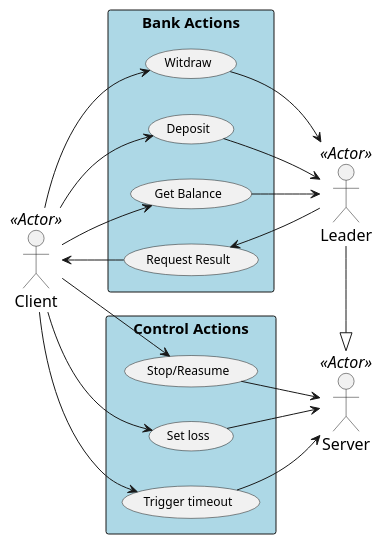
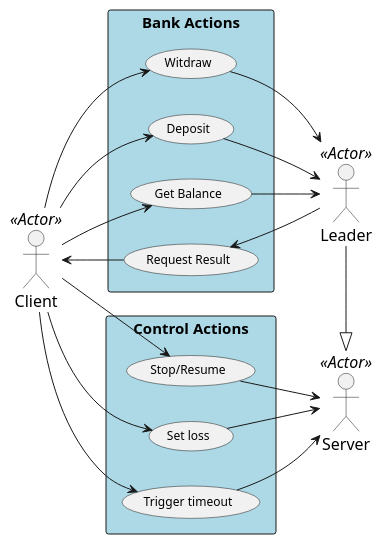
Before and after one commit to thedevstone/akka-raft: the diagram in doc/plantuml/useCaseDiagrams/useCaseDiagram.puml, drawn with PlantUML. The commit also changed 1 other file, not shown here.

Commit message:
fix Stop/reasume in resume

```diff
--- a/doc/plantuml/useCaseDiagrams/useCaseDiagram.puml
+++ b/doc/plantuml/useCaseDiagrams/useCaseDiagram.puml
@@ -1,49 +1,49 @@
 @startuml
 left to right direction
 skinparam packageStyle rectangle
 :Client: <<Actor>>
 :Server: <<Actor>>
 :Leader: <<Actor>> 
 
 Leader -right-|> Server
 
 
 rectangle "Bank Actions" {
   (Witdraw) as Witdraw
   (Deposit) as Deposit
   (Get Balance) as Balance
   (Request Result) as Res
   
   Client --> Deposit
   Client --> Witdraw
   Client --> Balance
 
   Deposit --> Leader
   Witdraw --> Leader
   Balance --> Leader
   Leader --> Res
   Res --> Client
 }
 
 rectangle "Control Actions" {
-   (Stop/Reasume) as StartStop
+   (Stop/Resume) as StartStop
    (Set loss) as SetLoss
    (Trigger timeout) as Timeout
 
   Client --> SetLoss
   Client --> StartStop
   Client --> Timeout
 
   Timeout --> Server
   SetLoss --> Server
   StartStop --> Server
 }
 
 skinparam{
     UsecaseFontSize 12
     RectangleFontSize 15
     ActorFontSize 16
     RectangleBackgroundColor Lightblue
     BackgroundColor Transparent
 }
 @enduml
```
